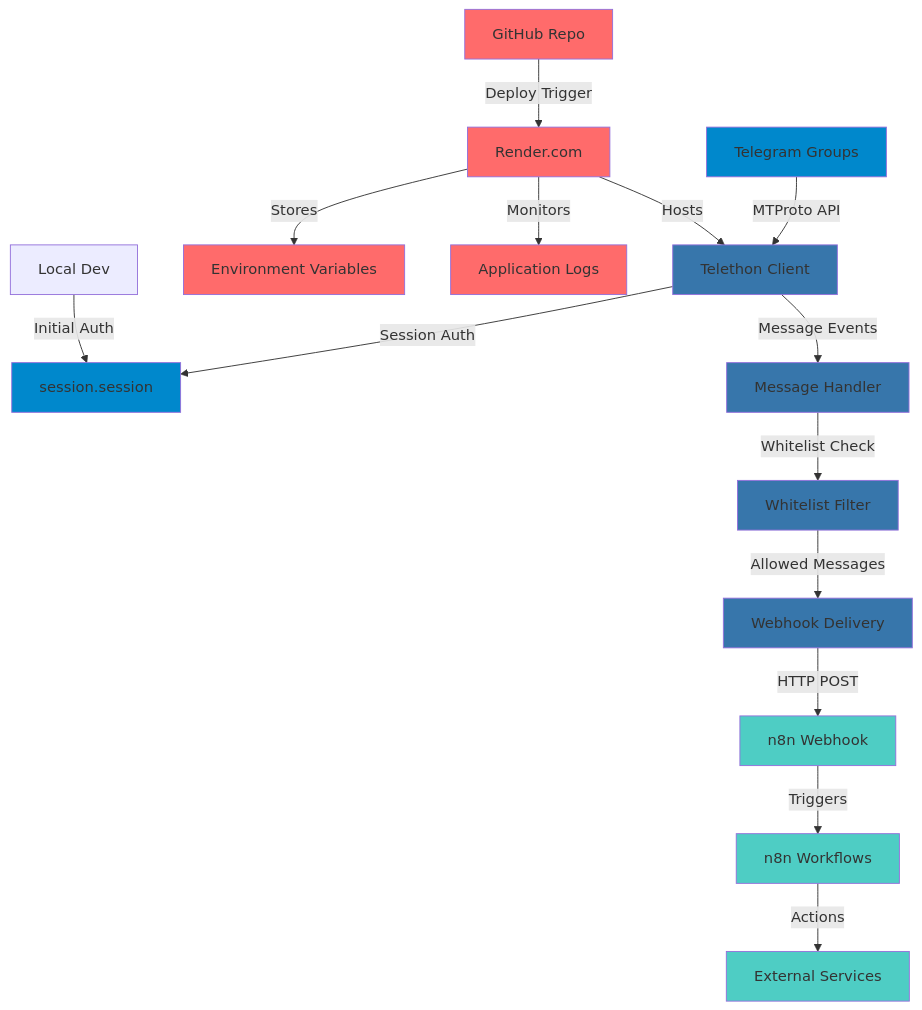
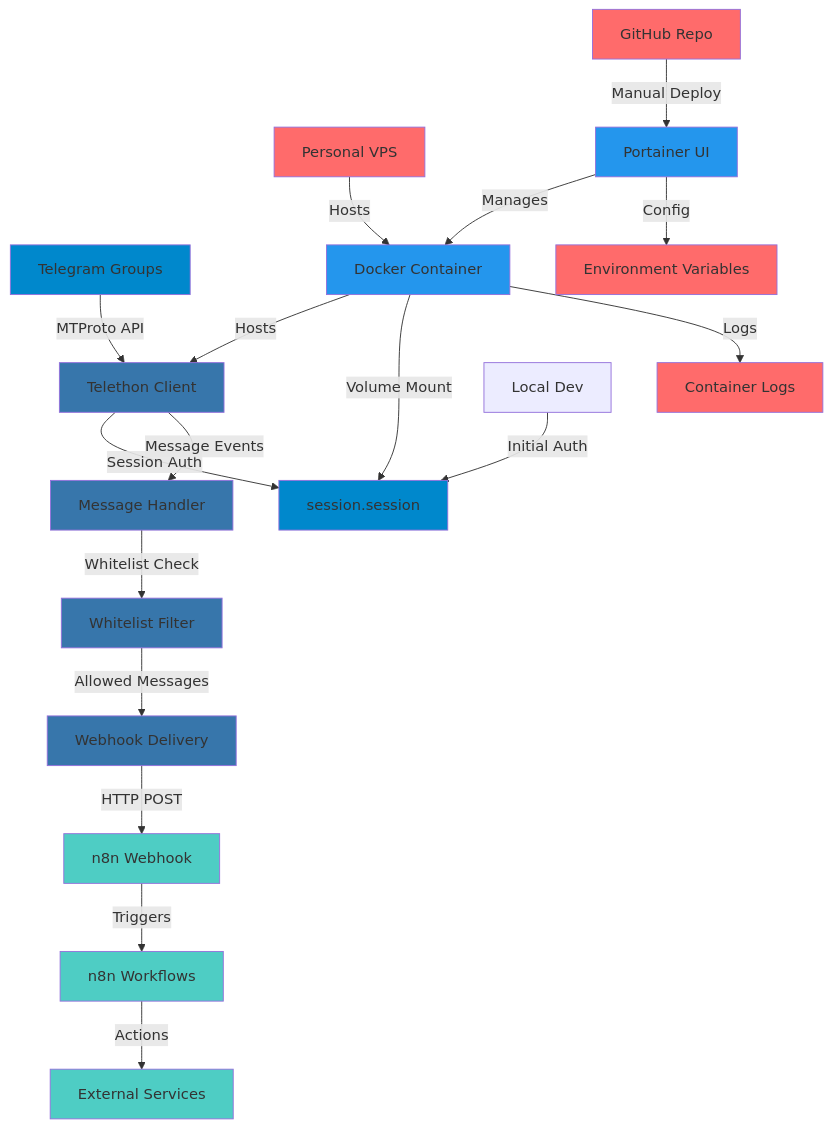
Before and after one commit to DevOtts/Ottimus: the first of 6 diagrams in docs/architecture.md, drawn with Mermaid. The commit also changed other lines of this file and 10 other files, not shown here.

Commit message:
Make it ready to deploy using docker

````diff
--- a/docs/architecture.md
+++ b/docs/architecture.md
@@ -40,28 +41,33 @@
 ```mermaid
 graph TB
     TG[Telegram Groups] -->|MTProto API| TC[Telethon Client]
     TC -->|Session Auth| TS[session.session]
     TC -->|Message Events| MH[Message Handler]
     MH -->|Whitelist Check| WF[Whitelist Filter]
     WF -->|Allowed Messages| WD[Webhook Delivery]
     WD -->|HTTP POST| N8N[n8n Webhook]
     N8N -->|Triggers| WF_N8N[n8n Workflows]
     WF_N8N -->|Actions| EXT[External Services]
     
-    RC[Render.com] -->|Hosts| TC
-    RC -->|Stores| ENV[Environment Variables]
-    RC -->|Monitors| LOG[Application Logs]
+    DOCKER[Docker Container] -->|Hosts| TC
+    DOCKER -->|Volume Mount| TS
+    VPS[Personal VPS] -->|Hosts| DOCKER
+    PORTAINER[Portainer UI] -->|Manages| DOCKER
+    PORTAINER -->|Config| ENV[Environment Variables]
+    DOCKER -->|Logs| LOG[Container Logs]
     
-    GH[GitHub Repo] -->|Deploy Trigger| RC
+    GH[GitHub Repo] -->|Manual Deploy| PORTAINER
     LOCAL[Local Dev] -->|Initial Auth| TS
     
     classDef telegram fill:#0088cc
     classDef python fill:#3776ab  
-    classDef cloud fill:#ff6b6b
+    classDef docker fill:#2496ed
+    classDef vps fill:#ff6b6b
     classDef automation fill:#4ecdc4
     
     class TG,TS telegram
     class TC,MH,WF,WD python
-    class RC,ENV,LOG,GH cloud
+    class DOCKER,PORTAINER docker
+    class VPS,ENV,LOG,GH vps
     class N8N,WF_N8N,EXT automation
 ```
````
